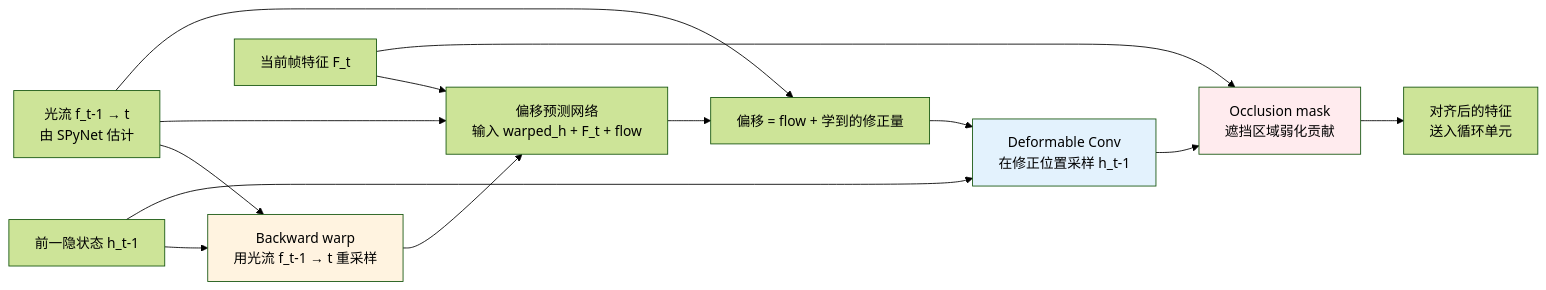
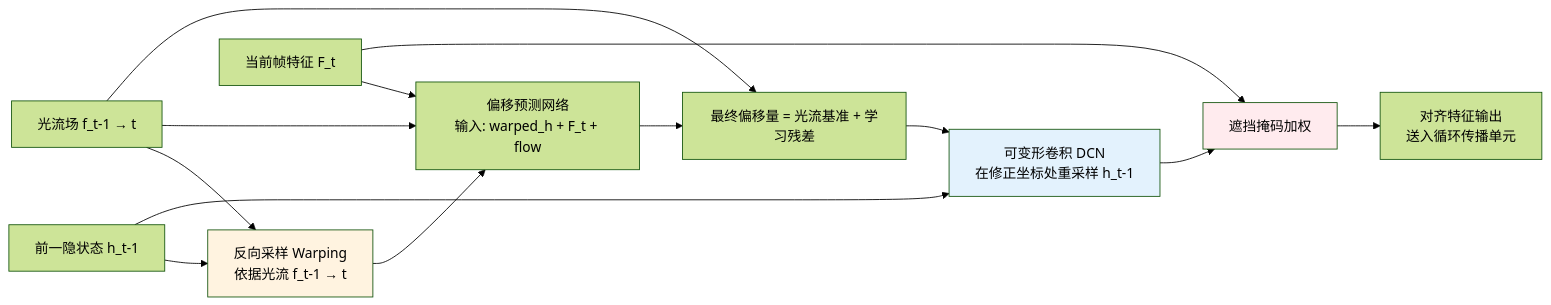
The second of 3 diagrams in chapters/14-video-models.md (yingwang/image-enhancement-guide), drawn with Mermaid (forest theme) before and after one commit. The commit also changed other lines of this file and 18 other files, not shown here.

````diff
--- a/chapters/14-video-models.md
+++ b/chapters/14-video-models.md
@@ -192,19 +178,19 @@
 ```mermaid
 graph LR
-    HPrev[前一隐状态 h_t-1] --> Warp[Backward warp<br/>用光流 f_t-1 → t 重采样]
-    Flow[光流 f_t-1 → t<br/>由 SPyNet 估计] --> Warp
-    Ft[当前帧特征 F_t] --> OffsetNet[偏移预测网络<br/>输入 warped_h + F_t + flow]
+    HPrev[前一隐状态 h_t-1] --> Warp[反向采样 Warping<br/>依据光流 f_t-1 → t]
+    Flow[光流场 f_t-1 → t] --> Warp
+    Ft[当前帧特征 F_t] --> OffsetNet[偏移预测网络<br/>输入: warped_h + F_t + flow]
     Warp --> OffsetNet
     Flow --> OffsetNet
-    OffsetNet --> Sum[偏移 = flow + 学到的修正量]
+    OffsetNet --> Sum[最终偏移量 = 光流基准 + 学习残差]
     Flow --> Sum
-    Sum --> DCN[Deformable Conv<br/>在修正位置采样 h_t-1]
+    Sum --> DCN[可变形卷积 DCN<br/>在修正坐标处重采样 h_t-1]
     HPrev --> DCN
-    DCN --> Mask[Occlusion mask<br/>遮挡区域弱化贡献]
+    DCN --> Mask[遮挡掩码加权]
     Ft --> Mask
-    Mask --> Out[对齐后的特征<br/>送入循环单元]
+    Mask --> Out[对齐特征输出<br/>送入循环传播单元]
 
     style Warp fill:#fff3e0
     style DCN fill:#e3f2fd
     style Mask fill:#ffebee
 ```
````
